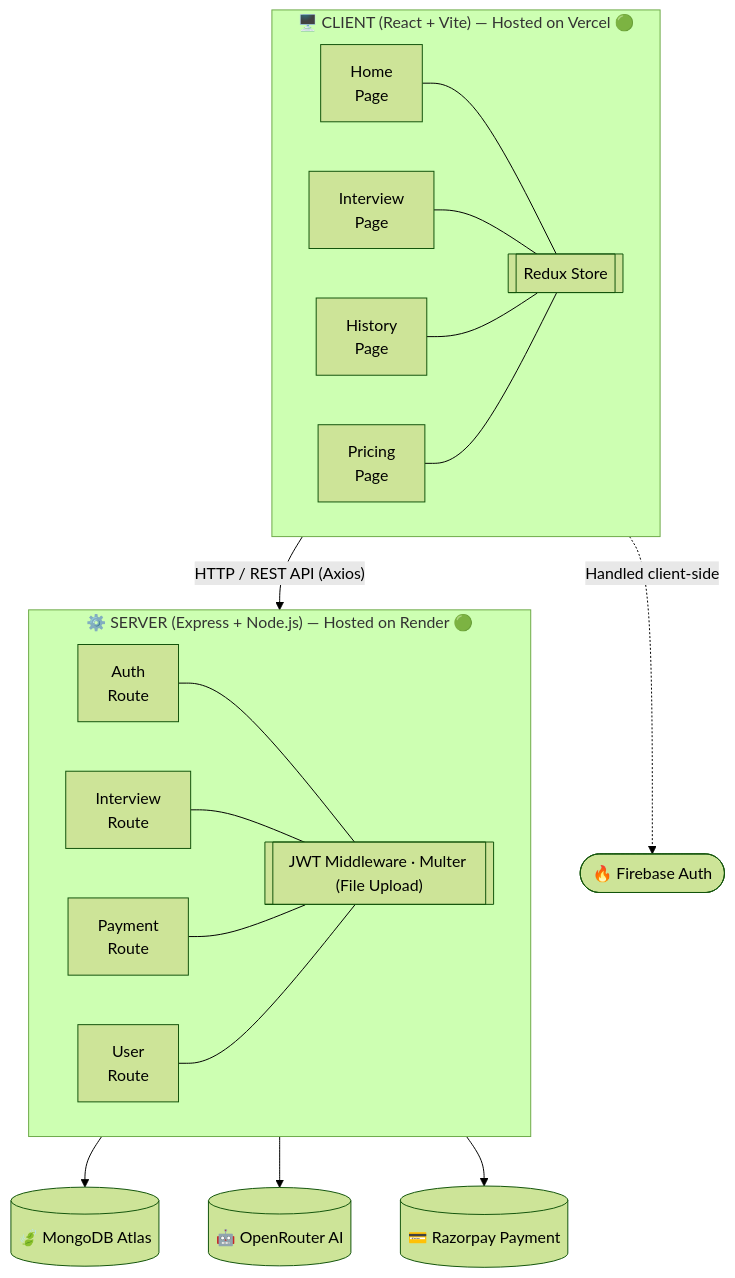
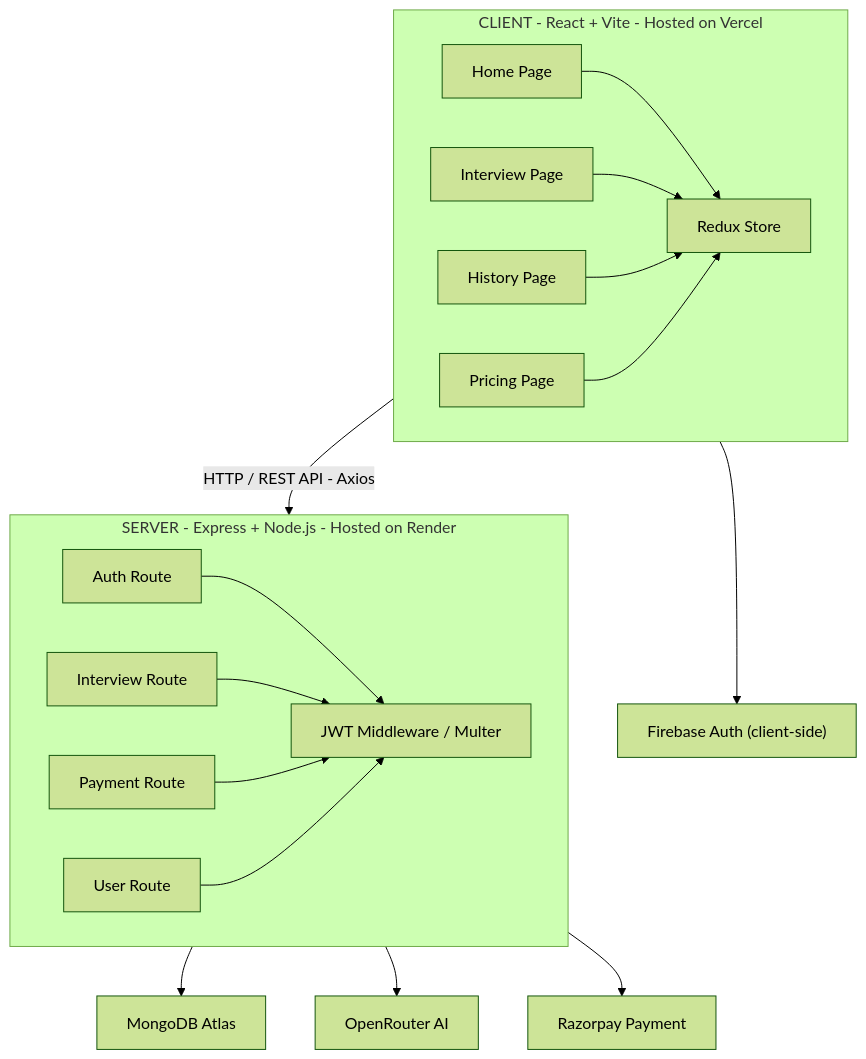
One commit to sahastraWin/ai-interview-agent changed the diagram in README.md. Above: the diagram before and after it, drawn with Mermaid (forest theme).

````diff
--- a/README.md
+++ b/README.md
@@ -42,36 +42,33 @@
 ```mermaid
-flowchart TB
-    subgraph CLIENT["🖥️ CLIENT (React + Vite) — Hosted on Vercel 🟢"]
-        direction LR
-        Home["Home<br/>Page"]
-        Interview["Interview<br/>Page"]
-        History["History<br/>Page"]
-        Pricing["Pricing<br/>Page"]
-        Redux[["Redux Store"]]
-        Home --- Redux
-        Interview --- Redux
-        History --- Redux
-        Pricing --- Redux
+flowchart TD
+    subgraph CLIENT["CLIENT - React + Vite - Hosted on Vercel"]
+        Home["Home Page"]
+        InterviewPg["Interview Page"]
+        History["History Page"]
+        Pricing["Pricing Page"]
+        Redux["Redux Store"]
+        Home --> Redux
+        InterviewPg --> Redux
+        History --> Redux
+        Pricing --> Redux
     end
 
-    CLIENT -->|"HTTP / REST API (Axios)"| SERVER
+    CLIENT -->|"HTTP / REST API - Axios"| SERVER
 
-    subgraph SERVER["⚙️ SERVER (Express + Node.js) — Hosted on Render 🟢"]
-        direction LR
-        Auth["Auth<br/>Route"]
-        InterviewRoute["Interview<br/>Route"]
-        Payment["Payment<br/>Route"]
-        User["User<br/>Route"]
-        Mid[["JWT Middleware · Multer (File Upload)"]]
-        Auth --- Mid
-        InterviewRoute --- Mid
-        Payment --- Mid
-        User --- Mid
+    subgraph SERVER["SERVER - Express + Node.js - Hosted on Render"]
+        Auth["Auth Route"]
+        InterviewRoute["Interview Route"]
+        Payment["Payment Route"]
+        User["User Route"]
+        Mid["JWT Middleware / Multer"]
+        Auth --> Mid
+        InterviewRoute --> Mid
+        Payment --> Mid
+        User --> Mid
     end
 
-    SERVER --> Mongo[("🍃 MongoDB Atlas")]
-    SERVER --> OpenRouter[("🤖 OpenRouter AI")]
-    SERVER --> Razorpay[("💳 Razorpay Payment")]
-
-    CLIENT -.->|"Handled client-side"| Firebase(["🔥 Firebase Auth"])
+    SERVER --> Mongo["MongoDB Atlas"]
+    SERVER --> OpenRouter["OpenRouter AI"]
+    SERVER --> Razorpay["Razorpay Payment"]
+    CLIENT --> Firebase["Firebase Auth (client-side)"]
 ```
````
